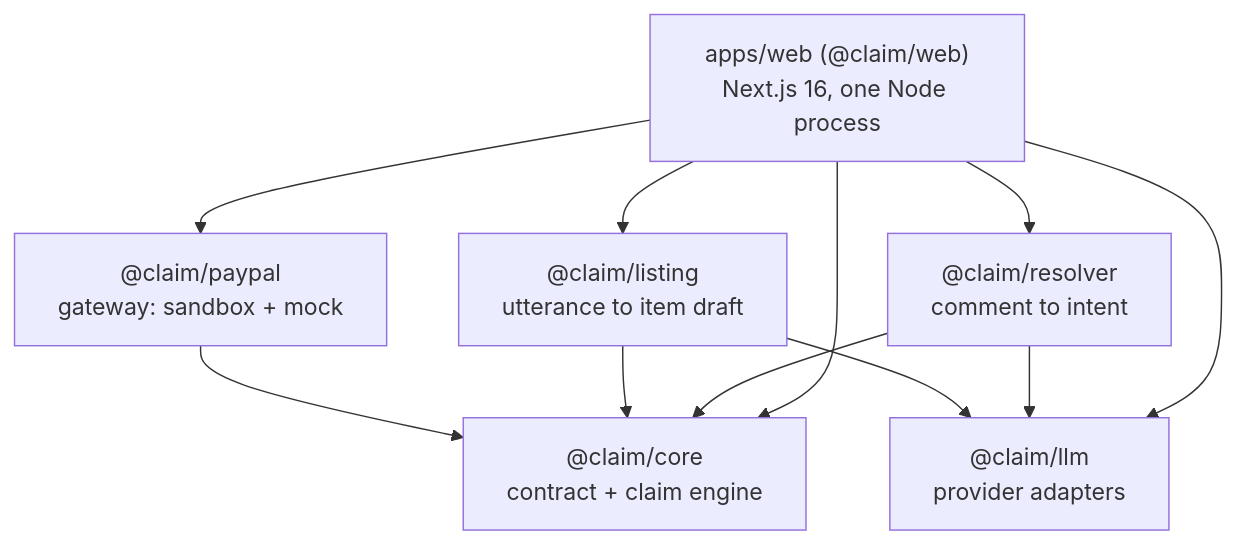
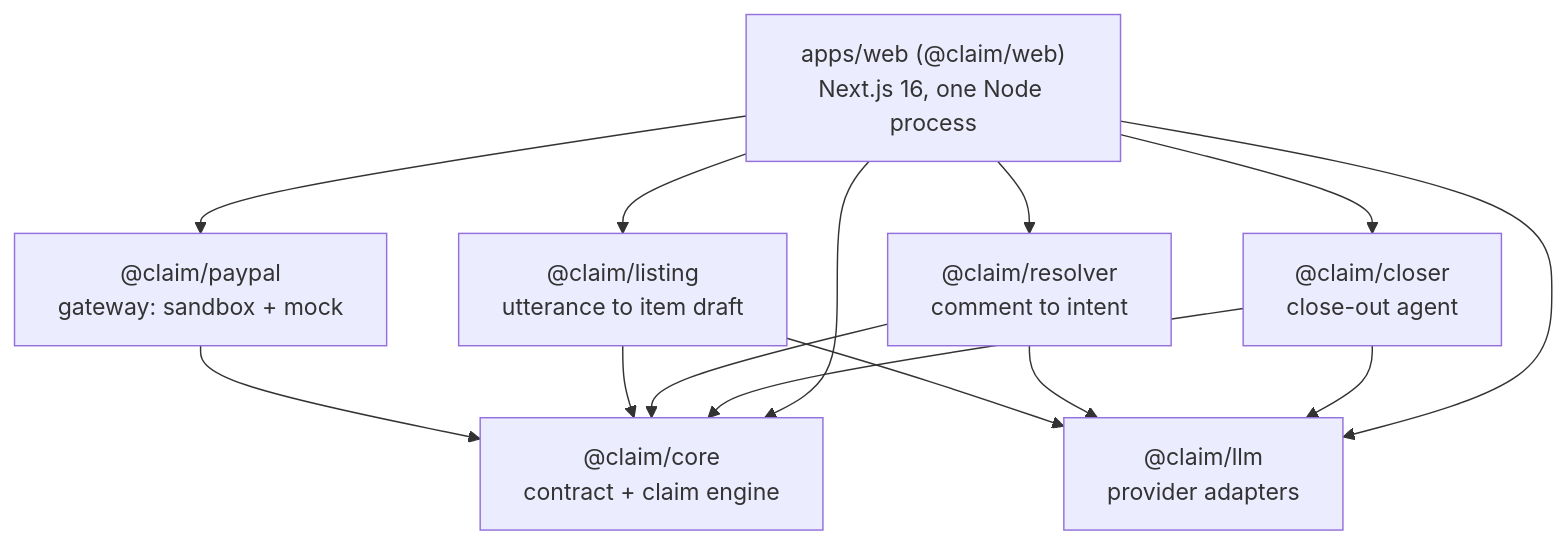
The first of 6 diagrams in docs/ARCHITECTURE.md (pratham7711/claim), drawn with Mermaid before and after one commit. The commit also changed other lines of this file and 1 other file, not shown here.

Commit message:
Document Closer in the README and architecture notes

````diff
--- a/docs/ARCHITECTURE.md
+++ b/docs/ARCHITECTURE.md
@@ -9,13 +9,15 @@
 ```mermaid
 flowchart TD
   web["apps/web (@claim/web)<br/>Next.js 16, one Node process"]
   core["@claim/core<br/>contract + claim engine"]
   resolver["@claim/resolver<br/>comment to intent"]
   listing["@claim/listing<br/>utterance to item draft"]
   llm["@claim/llm<br/>provider adapters"]
   paypal["@claim/paypal<br/>gateway: sandbox + mock"]
-  web --> core & resolver & listing & llm & paypal
+  closer["@claim/closer<br/>close-out agent"]
+  web --> core & resolver & listing & llm & paypal & closer
+  closer --> core & llm
   resolver --> core & llm
   listing --> core & llm
   paypal --> core
 ```
````
